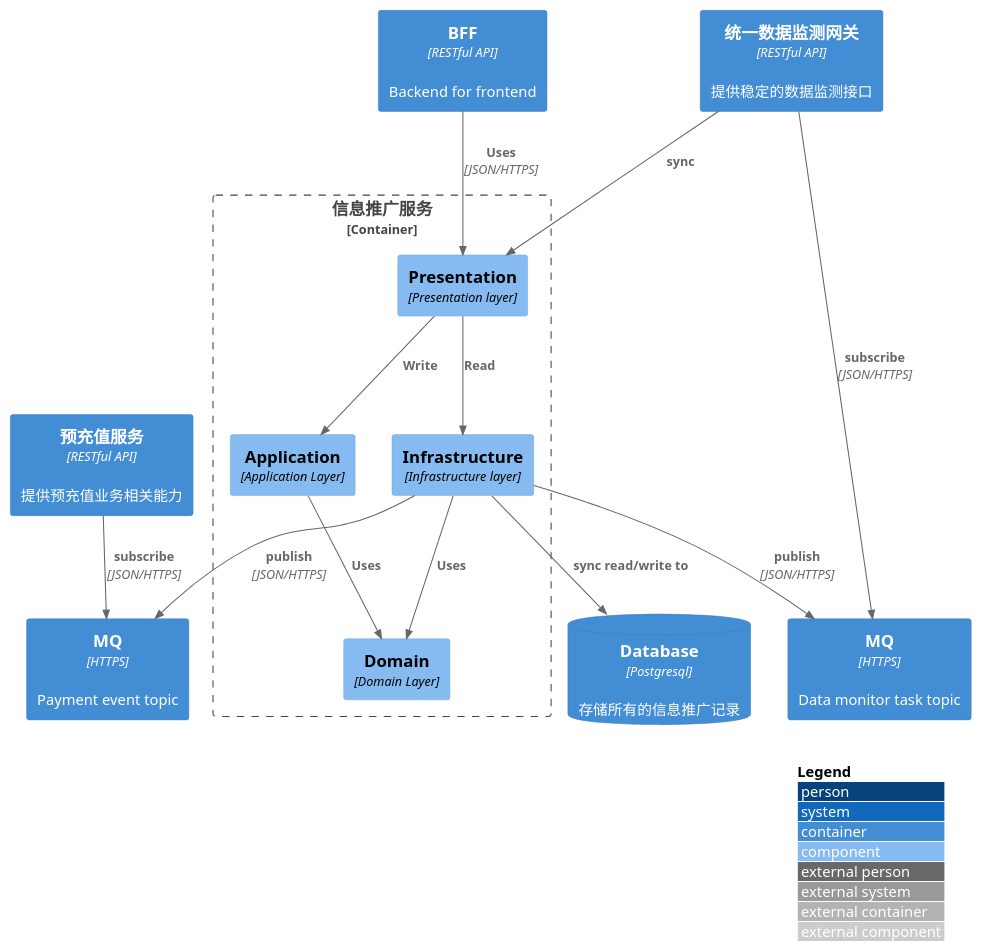
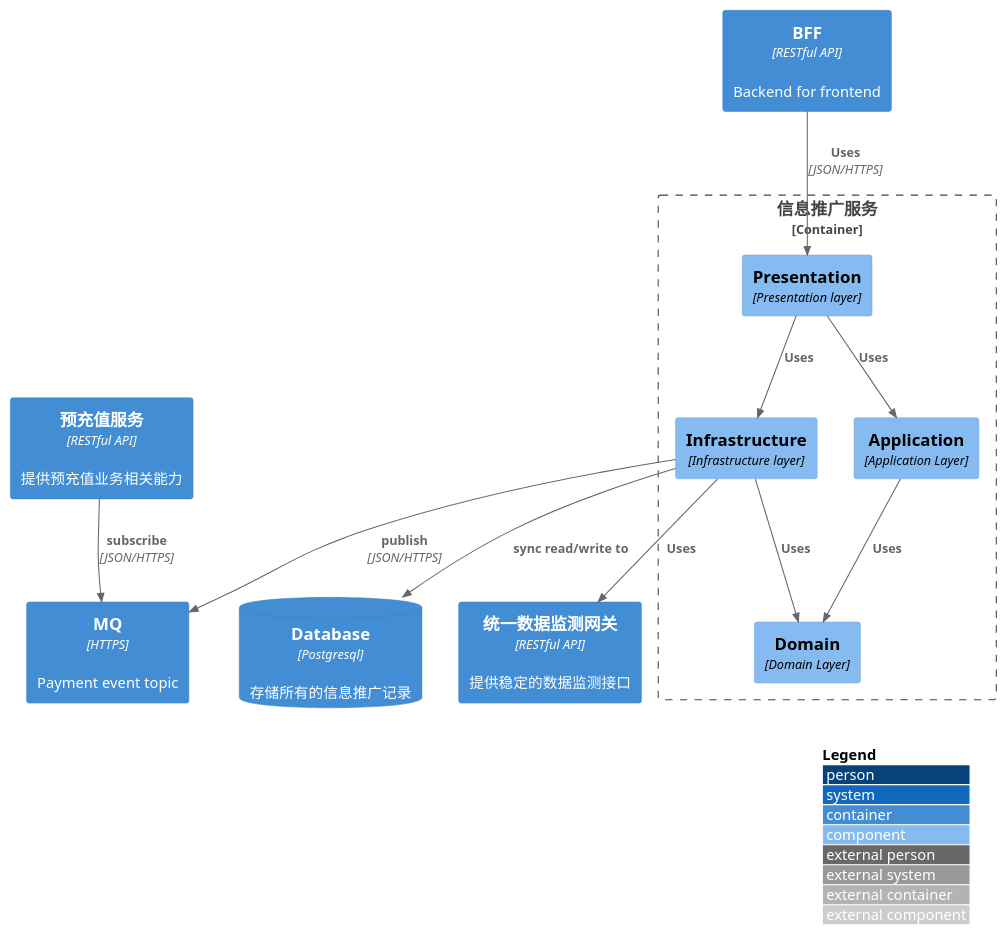
The diagram in workspace/dark-horse/classwork/C4_Component Diagram.puml (5macro/C4-PlantUML), drawn with PlantUML before and after one commit. The commit also changed 2 other files, not shown here.

Commit message:
revise the diagrams.

```diff
--- a/workspace/dark-horse/classwork/C4_Component Diagram.puml
+++ b/workspace/dark-horse/classwork/C4_Component Diagram.puml
@@ -1,35 +1,32 @@
 @startuml
 !include https://raw.githubusercontent.com/plantuml-stdlib/C4-PlantUML/master/C4_Component.puml
 ' uncomment the following line and comment the first to use locally
 ' !include C4_Component.puml
 
 LAYOUT_WITH_LEGEND()
 
 Container(bff, "BFF", "RESTful API", "Backend for frontend")
-Container(monitor_mq, "MQ", "HTTPS", "Data monitor task topic")
 
 Container_Boundary(api, "信息推广服务") {
     Component(presentation, "Presentation", "Presentation layer", "")
     Component(application, "Application", "Application Layer", "")
     Component(domain, "Domain", "Domain Layer", "")
     Component(infrastructure, "Infrastructure", "Infrastructure layer", "")
 
-    Rel(presentation, application, "Write")
+    Rel(presentation, application, "Uses")
     Rel(application, domain, "Uses")
     Rel(infrastructure, domain, "Uses")
-    Rel(presentation, infrastructure, "Read")
+    Rel(presentation, infrastructure, "Uses")
 }
 
 Container(payment_mq, "MQ", "HTTPS", "Payment event topic")
 ContainerDb(db, "Database", "Postgresql", "存储所有的信息推广记录")
-Container(unified_data_monitoring_gateway, "统一数据监测网关", "RESTful API", "提供稳定的数据监测接口")
+Container(unified_data_monitoringing_gateway, "统一数据监测网关", "RESTful API", "提供稳定的数据监测接口")
 Container(pre_charge_service, "预充值服务", "RESTful API", "提供预充值业务相关能力")
 
 Rel(bff, presentation, "Uses", "JSON/HTTPS")
 Rel(infrastructure, db, "sync read/write to")
-Rel(infrastructure, monitor_mq, "publish", "JSON/HTTPS")
-Rel(unified_data_monitoring_gateway, monitor_mq, "subscribe", "JSON/HTTPS")
-Rel(unified_data_monitoring_gateway, presentation, "sync")
+Rel(infrastructure, unified_data_monitoringing_gateway, "Uses")
 Rel(infrastructure, payment_mq, "publish", "JSON/HTTPS")
 Rel(pre_charge_service, payment_mq, "subscribe", "JSON/HTTPS")
 @enduml
```
